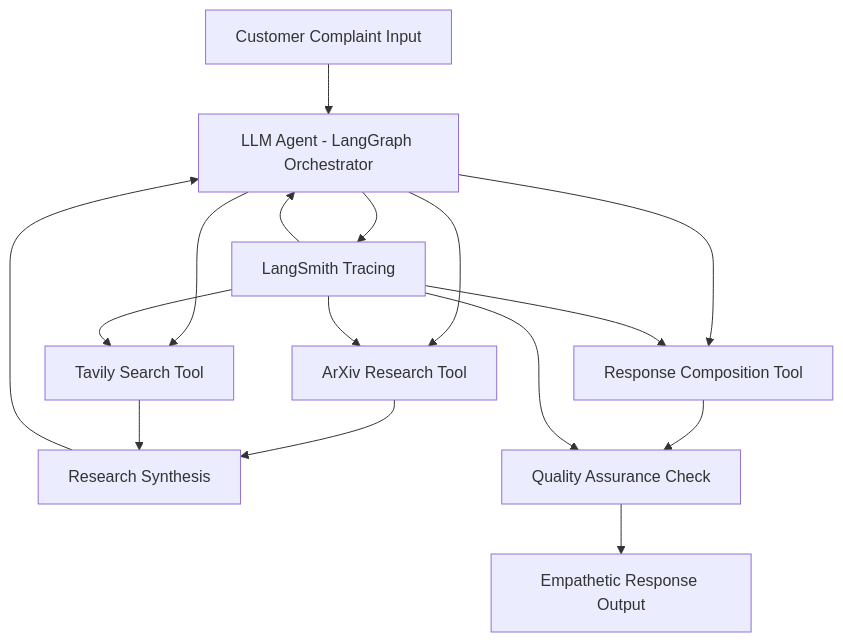
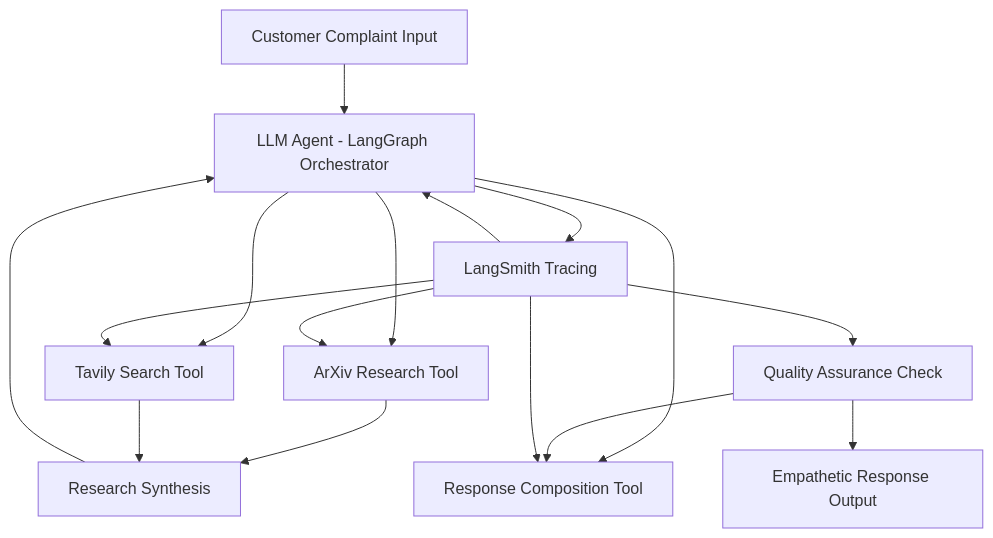
The diagram in README.md (ovokpus/ReplySight), drawn with Mermaid before and after one commit.

Commit message:
updated graph

````diff
--- a/README.md
+++ b/README.md
@@ -365,19 +365,19 @@
 ```mermaid
 graph TD
     A[Customer Complaint Input] --> B[LLM Agent - LangGraph Orchestrator]
     B --> C[ArXiv Research Tool]
     B --> D[Tavily Search Tool]
     C --> E[Research Synthesis]
     E --> B
     D --> E
     B --> F[Response Composition Tool]
-    F --> G[Quality Assurance Check]
+    G[Quality Assurance Check] --> F
     G --> H[Empathetic Response Output]
     
     B --> I[LangSmith Tracing]
     I --> B
     I --> C
     I --> D
     I --> F
     I --> G
 ```
````
